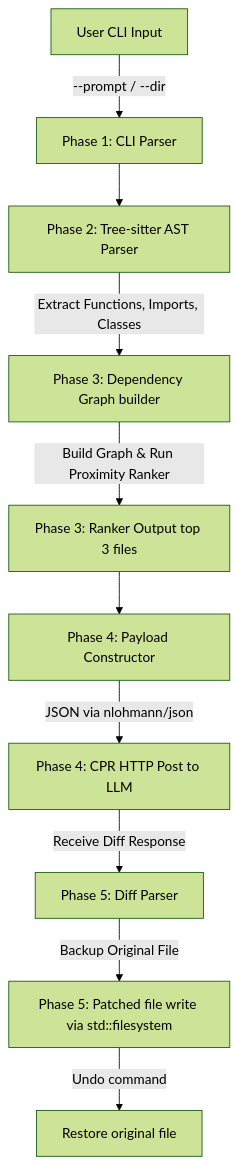
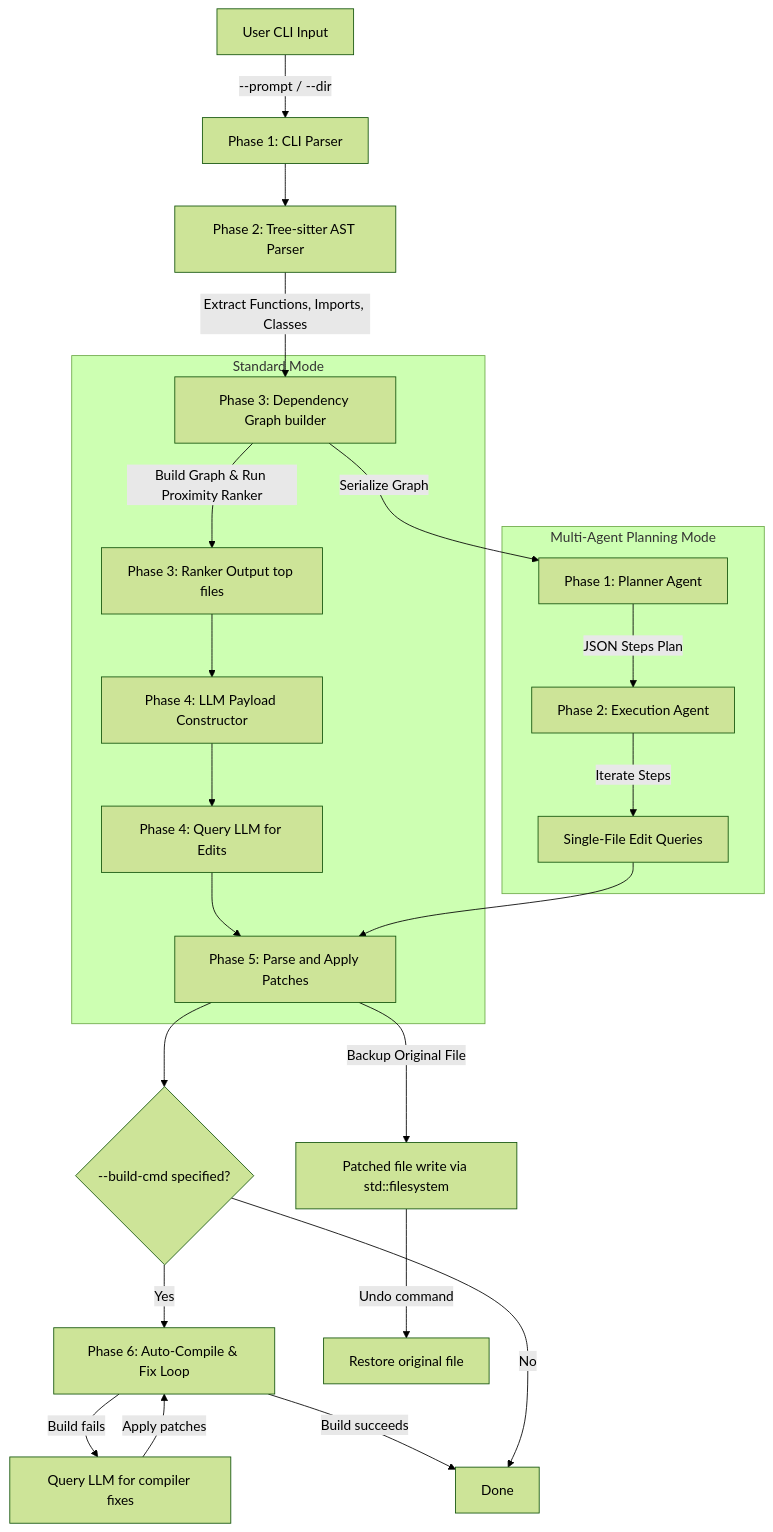
Before and after one commit to Dakshta2006/Synapse: the diagram in README.md, drawn with Mermaid (forest theme). The commit also changed other lines of this file, not shown here.

````diff
--- a/README.md
+++ b/README.md
@@ -11,12 +11,30 @@
 ```mermaid
 graph TD
     A[User CLI Input] -->|--prompt / --dir| B[Phase 1: CLI Parser]
     B --> C[Phase 2: Tree-sitter AST Parser]
     C -->|Extract Functions, Imports, Classes| D[Phase 3: Dependency Graph builder]
-    D -->|Build Graph & Run Proximity Ranker| E[Phase 3: Ranker Output top 3 files]
-    E --> F[Phase 4: Payload Constructor]
-    F -->|JSON via nlohmann/json| G[Phase 4: CPR HTTP Post to LLM]
-    G -->|Receive Diff Response| H[Phase 5: Diff Parser]
-    H -->|Backup Original File| I[Phase 5: Patched file write via std::filesystem]
+    
+    subgraph Standard Mode
+        D -->|Build Graph & Run Proximity Ranker| E[Phase 3: Ranker Output top files]
+        E --> F[Phase 4: LLM Payload Constructor]
+        F --> G[Phase 4: Query LLM for Edits]
+        G --> H[Phase 5: Parse and Apply Patches]
+    end
+
+    subgraph Multi-Agent Planning Mode
+        D -->|Serialize Graph| K[Phase 1: Planner Agent]
+        K -->|JSON Steps Plan| L[Phase 2: Execution Agent]
+        L -->|Iterate Steps| M[Single-File Edit Queries]
+        M --> H
+    end
+
+    H --> N{--build-cmd specified?}
+    N -->|Yes| O[Phase 6: Auto-Compile & Fix Loop]
+    O -->|Build fails| P[Query LLM for compiler fixes]
+    P -->|Apply patches| O
+    O -->|Build succeeds| Q[Done]
+    N -->|No| Q
+    
+    H -->|Backup Original File| I[Patched file write via std::filesystem]
     I -->|Undo command| J[Restore original file]
 ```
````
